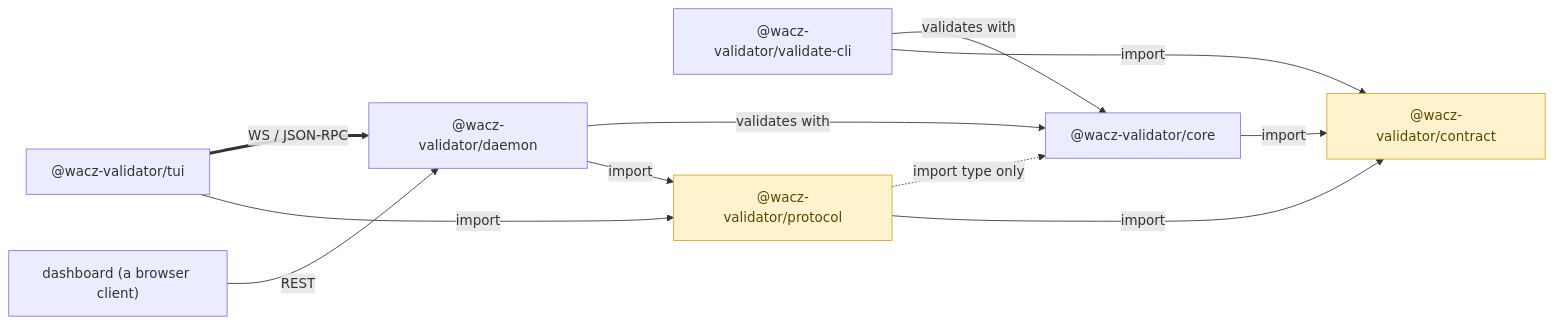
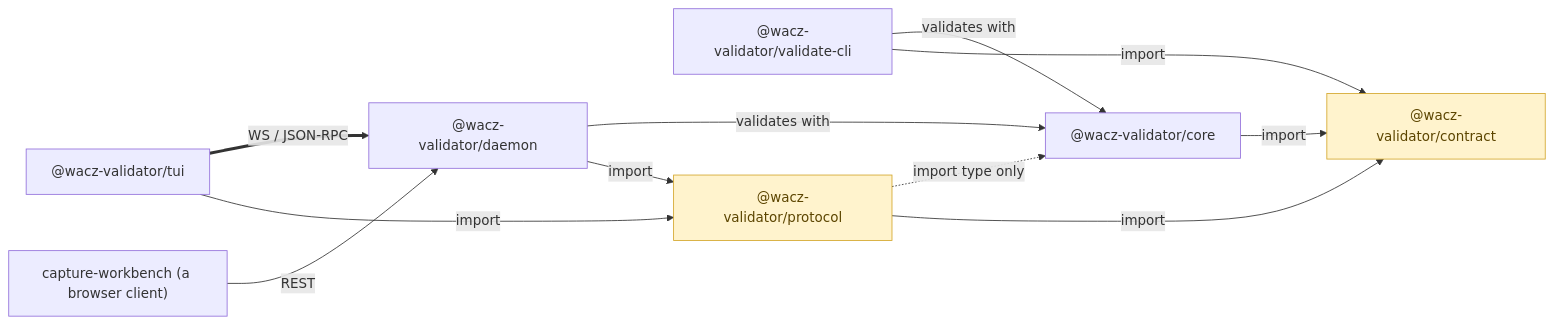
Before and after one commit to uraitakahito/wacz-validator: the diagram in docs-site/src/content/docs/architecture.md, drawn with Mermaid. The commit also changed other lines of this file and 5 other files, not shown here.

First line of the commit message:
chore: Web アプリの呼び名を capture-workbench に替える (#287)

````diff
--- a/docs-site/src/content/docs/architecture.md
+++ b/docs-site/src/content/docs/architecture.md
@@ -27,16 +27,16 @@
 ```mermaid
 flowchart LR
     tui["@wacz-validator/tui"] ==>|"WS / JSON-RPC"| daemon["@wacz-validator/daemon"]
-    browser["dashboard (a browser client)"] -->|"REST"| daemon
+    browser["capture-workbench (a browser client)"] -->|"REST"| daemon
     cli["@wacz-validator/validate-cli"] -->|validates with| core["@wacz-validator/core"]
     daemon -->|validates with| core
     tui -->|import| protocol["@wacz-validator/protocol"]
     daemon -->|import| protocol
     protocol -.->|"import type only"| core
     core -->|import| shared["@wacz-validator/contract"]
     protocol -->|import| shared
     cli -->|import| shared
 
     classDef shared fill:#fff3cd,stroke:#d4a72c,color:#5c4500;
     class shared,protocol shared;
 ```
````
